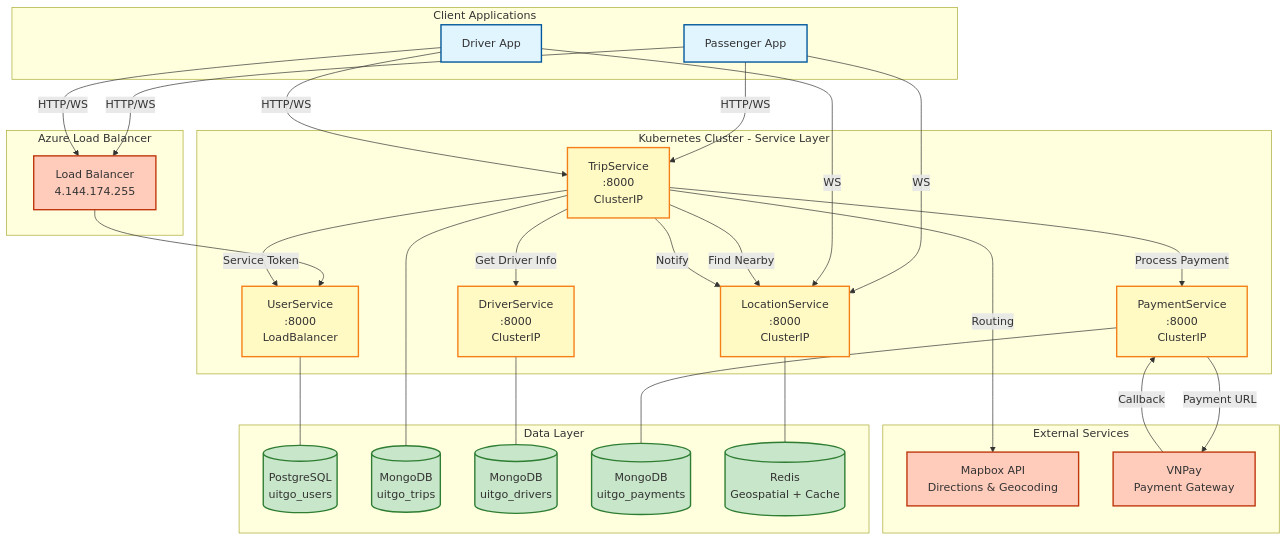
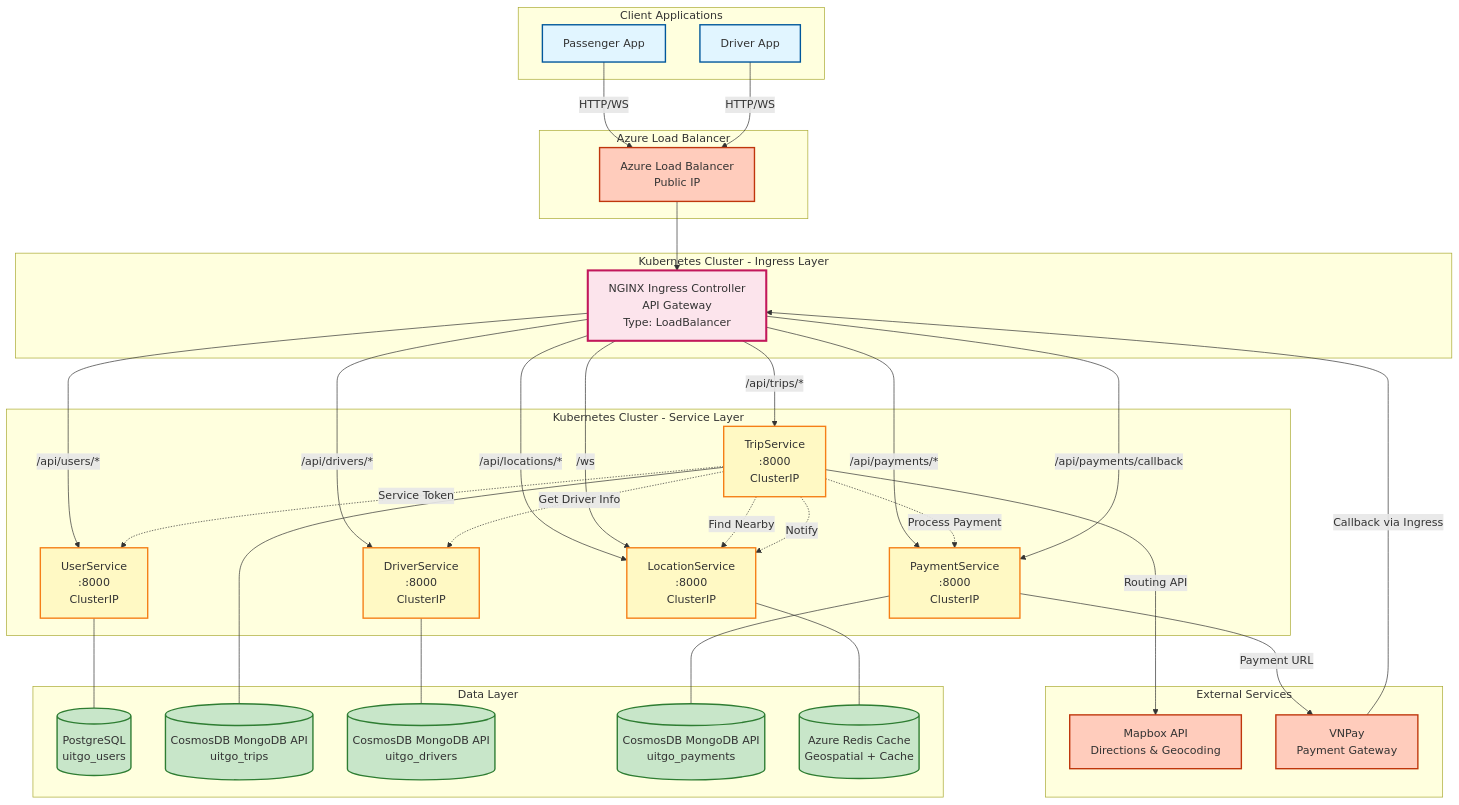
One commit to luuquanghuy-ui/se360-uit-go changed the first of 5 diagrams in docs/ARCHITECTURE.md. Above: the diagram before and after it, drawn with Mermaid. The commit also changed other lines of this file and 6 other files, not shown here.

````diff
--- a/docs/ARCHITECTURE.md
+++ b/docs/ARCHITECTURE.md
@@ -63,71 +68,81 @@
 ```mermaid
 flowchart TB
     subgraph "Client Applications"
         PA[Passenger App]
         DA[Driver App]
     end
 
     subgraph "External Services"
         MAPBOX[Mapbox API<br/>Directions & Geocoding]
         VNPAY[VNPay<br/>Payment Gateway]
     end
 
     subgraph "Azure Load Balancer"
-        LB[Load Balancer<br/>4.144.174.255]
+        LB[Azure Load Balancer<br/>Public IP]
+    end
+
+    subgraph "Kubernetes Cluster - Ingress Layer"
+        INGRESS[NGINX Ingress Controller<br/>API Gateway<br/>Type: LoadBalancer]
     end
 
     subgraph "Kubernetes Cluster - Service Layer"
-        US[UserService<br/>:8000<br/>LoadBalancer]
+        US[UserService<br/>:8000<br/>ClusterIP]
         TS[TripService<br/>:8000<br/>ClusterIP]
         DS[DriverService<br/>:8000<br/>ClusterIP]
         LS[LocationService<br/>:8000<br/>ClusterIP]
         PS[PaymentService<br/>:8000<br/>ClusterIP]
     end
 
     subgraph "Data Layer"
         POSTGRES[(PostgreSQL<br/>uitgo_users)]
-        MONGO_TRIP[(MongoDB<br/>uitgo_trips)]
-        MONGO_DRIVER[(MongoDB<br/>uitgo_drivers)]
-        MONGO_PAYMENT[(MongoDB<br/>uitgo_payments)]
-        REDIS[(Redis<br/>Geospatial + Cache)]
+        MONGO_TRIP[(CosmosDB MongoDB API<br/>uitgo_trips)]
+        MONGO_DRIVER[(CosmosDB MongoDB API<br/>uitgo_drivers)]
+        MONGO_PAYMENT[(CosmosDB MongoDB API<br/>uitgo_payments)]
+        REDIS[(Azure Redis Cache<br/>Geospatial + Cache)]
     end
 
-    %% Client connections
+    %% Client to Ingress
     PA -->|HTTP/WS| LB
     DA -->|HTTP/WS| LB
-    LB --> US
+    LB --> INGRESS
 
-    PA -->|HTTP/WS| TS
-    PA -->|WS| LS
-    DA -->|HTTP/WS| TS
-    DA -->|WS| LS
+    %% Ingress routing (API Gateway pattern)
+    INGRESS -->|/api/users/*| US
+    INGRESS -->|/api/trips/*| TS
+    INGRESS -->|/api/drivers/*| DS
+    INGRESS -->|/api/locations/*| LS
+    INGRESS -->|/api/payments/*| PS
+    INGRESS -->|/ws| LS
 
-    %% Service-to-service communication
-    TS -->|Service Token| US
-    TS -->|Get Driver Info| DS
-    TS -->|Find Nearby| LS
-    TS -->|Notify| LS
-    TS -->|Process Payment| PS
-    TS -->|Routing| MAPBOX
+    %% Service-to-service communication (internal)
+    TS -.->|Service Token| US
+    TS -.->|Get Driver Info| DS
+    TS -.->|Find Nearby| LS
+    TS -.->|Notify| LS
+    TS -.->|Process Payment| PS
+    TS -->|Routing API| MAPBOX
 
     PS -->|Payment URL| VNPAY
-    VNPAY -->|Callback| PS
+    VNPAY -->|Callback via Ingress| INGRESS
+    INGRESS -->|/api/payments/callback| PS
 
     %% Database connections
     US --- POSTGRES
     TS --- MONGO_TRIP
     DS --- MONGO_DRIVER
     PS --- MONGO_PAYMENT
     LS --- REDIS
 
     %% Styling
     classDef clientStyle fill:#e1f5ff,stroke:#01579b,stroke-width:2px
+    classDef ingressStyle fill:#fce4ec,stroke:#c2185b,stroke-width:3px
     classDef serviceStyle fill:#fff9c4,stroke:#f57f17,stroke-width:2px
     classDef dbStyle fill:#c8e6c9,stroke:#2e7d32,stroke-width:2px
     classDef externalStyle fill:#ffccbc,stroke:#bf360c,stroke-width:2px
 
     class PA,DA clientStyle
+    class INGRESS ingressStyle
     class US,TS,DS,LS,PS serviceStyle
     class POSTGRES,MONGO_TRIP,MONGO_DRIVER,MONGO_PAYMENT,REDIS dbStyle
     class MAPBOX,VNPAY,LB externalStyle
 ```
````
